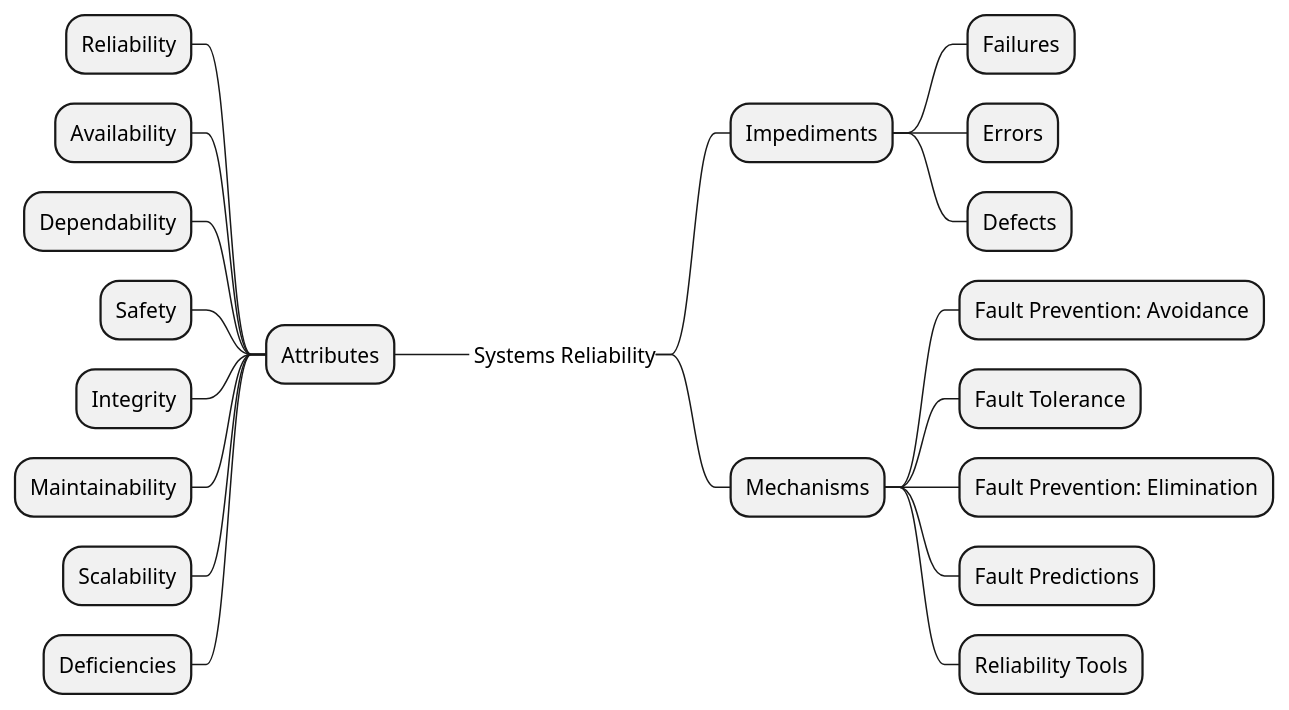
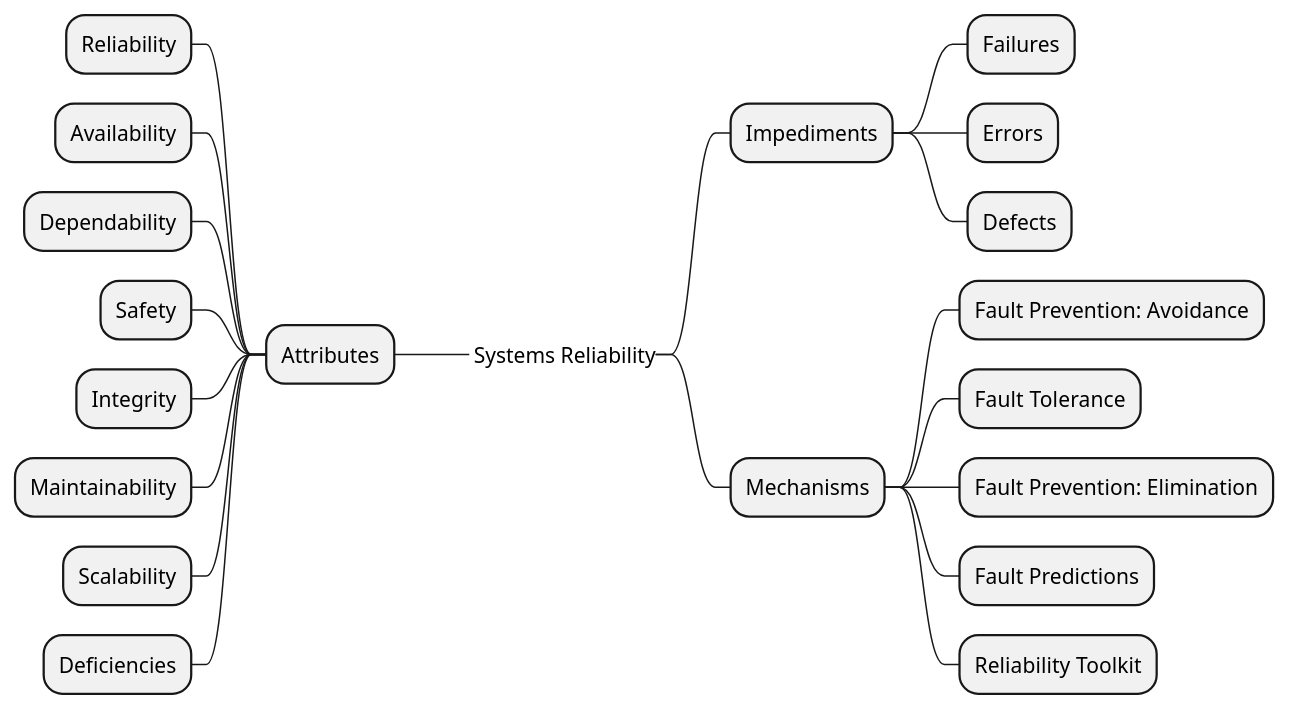
One commit to jeffersonroth/jjrf-data-reliability-book changed the diagram in src/assets/concepts/systems-reliability/concept_v1.puml. Above: the diagram before and after it, drawn with PlantUML. The commit also changed 11 other files, not shown here.

Commit message:
i51 - reliability toolkit

```diff
--- a/src/assets/concepts/systems-reliability/concept_v1.puml
+++ b/src/assets/concepts/systems-reliability/concept_v1.puml
@@ -1,22 +1,22 @@
 @startmindmap Systems Reliability
 +_ Systems Reliability
 ++ Impediments
 +++ Failures
 +++ Errors
 +++ Defects
 ++ Mechanisms
 +++ Fault Prevention: Avoidance
 +++ Fault Tolerance
 +++ Fault Prevention: Elimination
 +++ Fault Predictions
-+++ Reliability Tools
++++ Reliability Toolkit
 -- Attributes
 --- Reliability
 --- Availability
 --- Dependability
 --- Safety
 --- Integrity
 --- Maintainability
 --- Scalability
 --- Deficiencies
 @endmindmap
```
